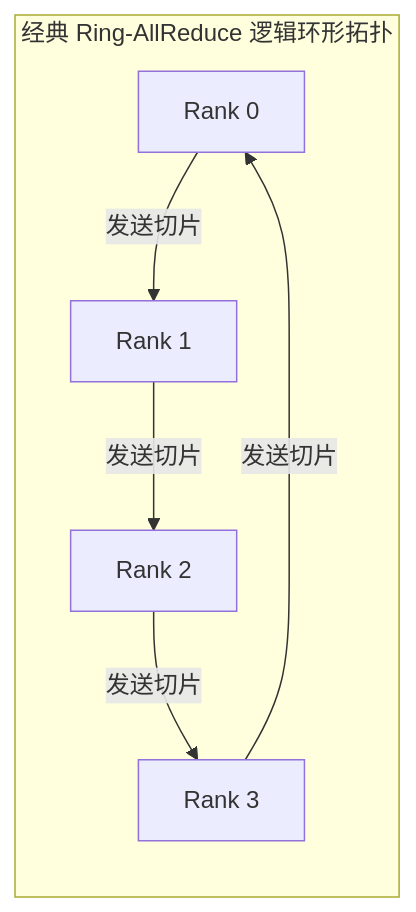
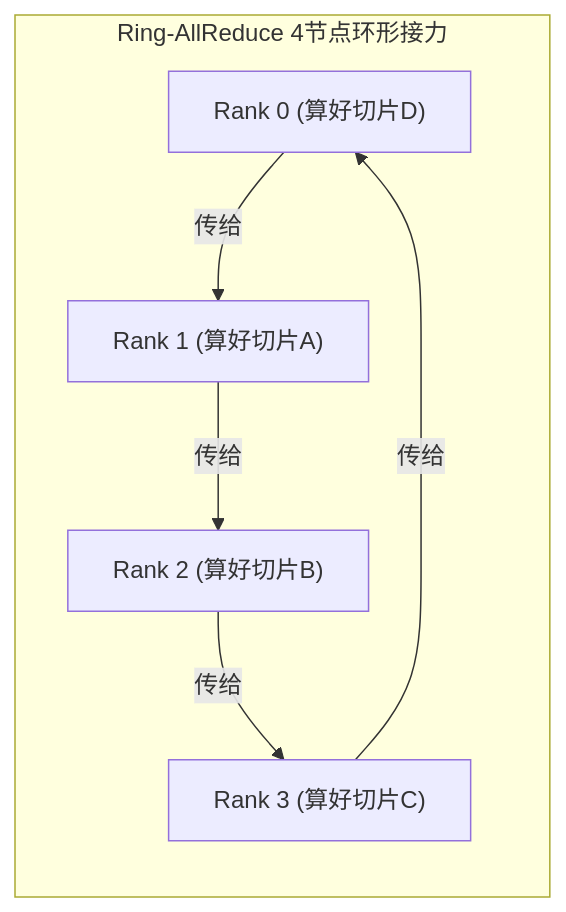
One commit to hqu-little-boy/blog changed the second of 3 diagrams in src/content/posts/dl-operators-12-quantization-and-distributed-communication-guide.md. Above: the diagram before and after it, drawn with Mermaid. The commit also changed other lines of this file and 11 other files, not shown here.

````diff
--- a/src/content/posts/dl-operators-12-quantization-and-distributed-communication-guide.md
+++ b/src/content/posts/dl-operators-12-quantization-and-distributed-communication-guide.md
@@ -45,9 +102,9 @@
 ```mermaid
 graph LR
-    subgraph RingTopo["经典 Ring-AllReduce 逻辑环形拓扑"]
-        R0["Rank 0"] -->|发送切片| R1["Rank 1"]
-        R1 -->|发送切片| R2["Rank 2"]
-        R2 -->|发送切片| R3["Rank 3"]
-        R3 -->|发送切片| R0
+    subgraph RingRelay["Ring-AllReduce 4节点环形接力"]
+        R0["Rank 0 (算好切片D)"] -->|传给| R1["Rank 1 (算好切片A)"]
+        R1 -->|传给| R2["Rank 2 (算好切片B)"]
+        R2 -->|传给| R3["Rank 3 (算好切片C)"]
+        R3 -->|传给| R0
     end
 ```
````
